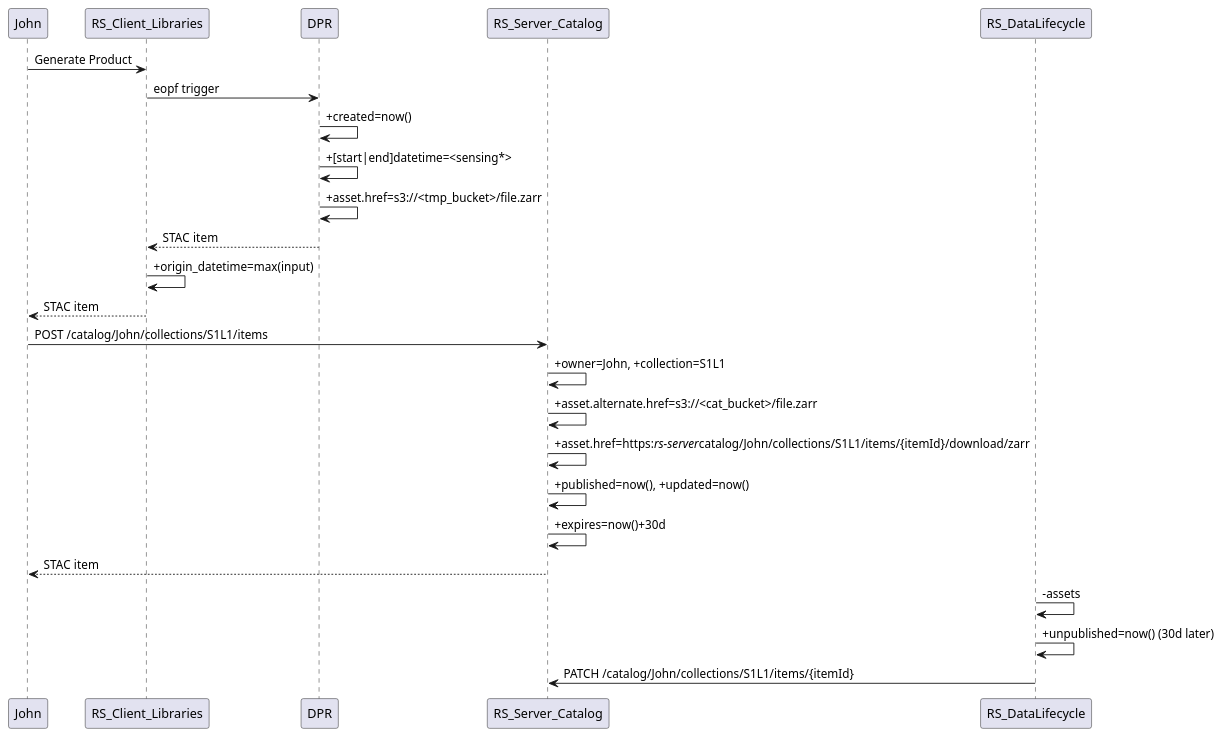
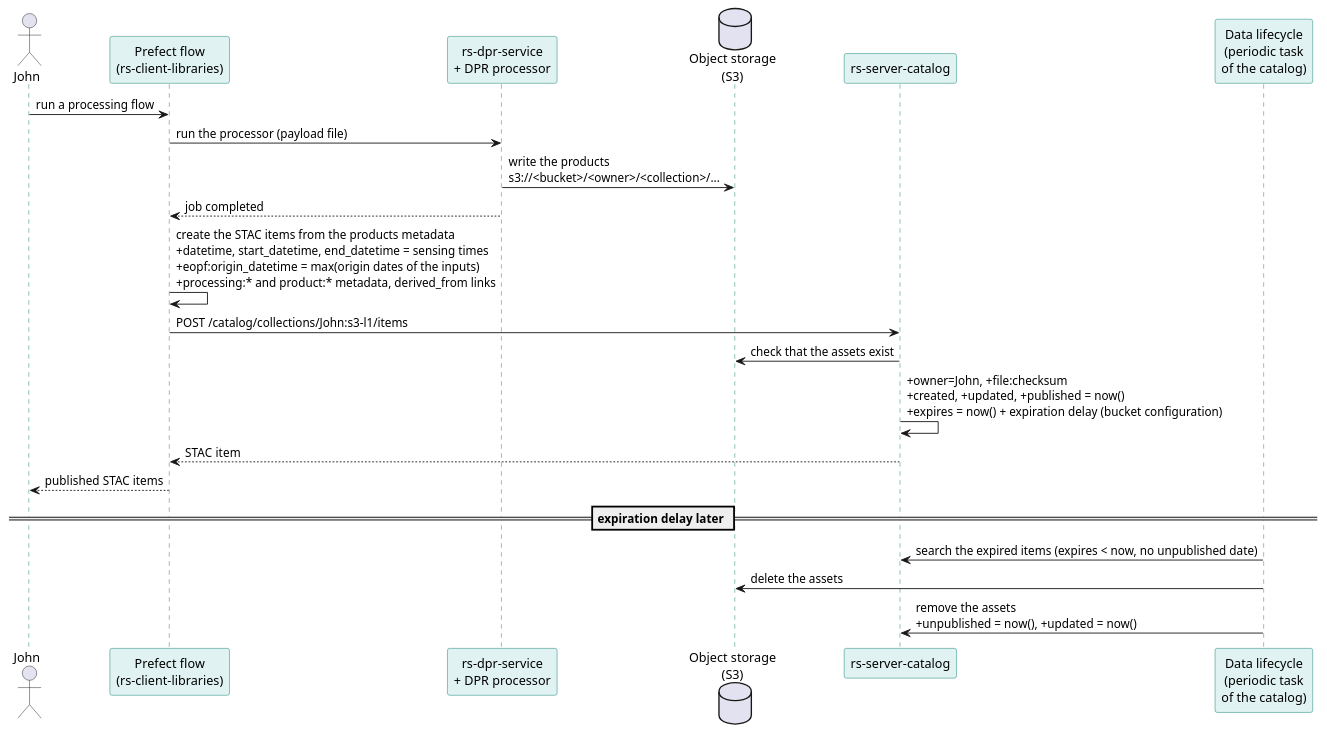
The diagram in docs/uml/stac-item-lifecycle.plantuml (RS-PYTHON/rs-server), drawn with PlantUML before and after one commit. The commit also changed 93 other files, not shown here.

```diff
--- a/docs/uml/stac-item-lifecycle.plantuml
+++ b/docs/uml/stac-item-lifecycle.plantuml
@@ -15,21 +15,32 @@
 @startuml stac-item-lifecycle
-John -> RS_Client_Libraries: Generate Product
-RS_Client_Libraries -> DPR: eopf trigger
-DPR -> DPR: +created=now()
-DPR -> DPR: +[start|end]datetime=<sensing*>
-DPR -> DPR: +asset.href=s3://<tmp_bucket>/file.zarr
-DPR --> RS_Client_Libraries: STAC item
-RS_Client_Libraries -> RS_Client_Libraries: +origin_datetime=max(input)
-RS_Client_Libraries --> John: STAC item
-John -> RS_Server_Catalog: POST /catalog/John/collections/S1L1/items
-RS_Server_Catalog -> RS_Server_Catalog: +owner=John, +collection=S1L1
-RS_Server_Catalog -> RS_Server_Catalog: +asset.alternate.href=s3://<cat_bucket>/file.zarr
-RS_Server_Catalog -> RS_Server_Catalog: +asset.href=https://rs-server//catalog/John/collections/S1L1/items/{itemId}/download/zarr
-RS_Server_Catalog -> RS_Server_Catalog: +published=now(), +updated=now()
-RS_Server_Catalog -> RS_Server_Catalog: +expires=now()+30d
-RS_Server_Catalog --> John: STAC item
-RS_DataLifecycle -> RS_DataLifecycle: -assets
-RS_DataLifecycle -> RS_DataLifecycle: +unpublished=now() (30d later)
-RS_DataLifecycle -> RS_Server_Catalog: PATCH /catalog/John/collections/S1L1/items/{itemId}
+skinparam shadowing false
+skinparam defaultFontName Arial
+skinparam sequence {
+  ParticipantBackgroundColor #E0F2F1
+  ParticipantBorderColor #00796B
+  LifeLineBorderColor #00796B
+}
 
+actor John
+participant "Prefect flow\n(rs-client-libraries)" as flow
+participant "rs-dpr-service\n+ DPR processor" as dpr
+database "Object storage\n(S3)" as s3
+participant "rs-server-catalog" as catalog
+participant "Data lifecycle\n(periodic task\nof the catalog)" as lifecycle
+
+John -> flow : run a processing flow
+flow -> dpr : run the processor (payload file)
+dpr -> s3 : write the products\ns3://<bucket>/<owner>/<collection>/...
+dpr --> flow : job completed
+flow -> flow : create the STAC items from the products metadata\n+datetime, start_datetime, end_datetime = sensing times\n+eopf:origin_datetime = max(origin dates of the inputs)\n+processing:* and product:* metadata, derived_from links
+flow -> catalog : POST /catalog/collections/John:s3-l1/items
+catalog -> s3 : check that the assets exist
+catalog -> catalog : +owner=John, +file:checksum\n+created, +updated, +published = now()\n+expires = now() + expiration delay (bucket configuration)
+catalog --> flow : STAC item
+flow --> John : published STAC items
+
+== expiration delay later ==
+lifecycle -> catalog : search the expired items (expires < now, no unpublished date)
+lifecycle -> s3 : delete the assets
+lifecycle -> catalog : remove the assets\n+unpublished = now(), +updated = now()
 @enduml
```
